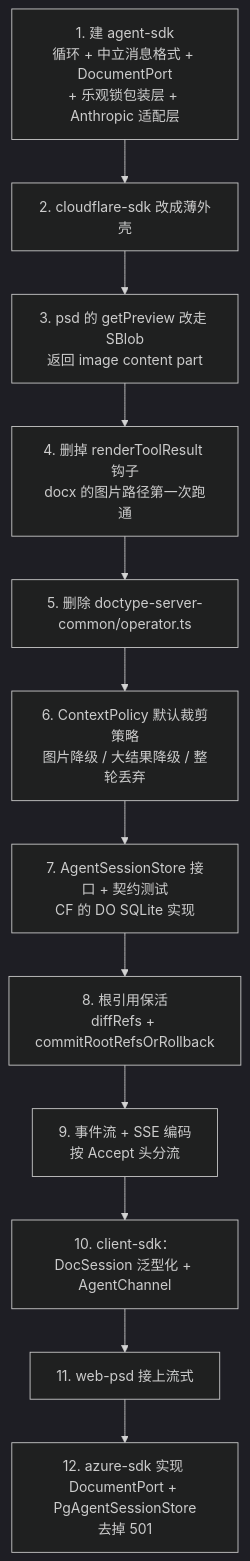
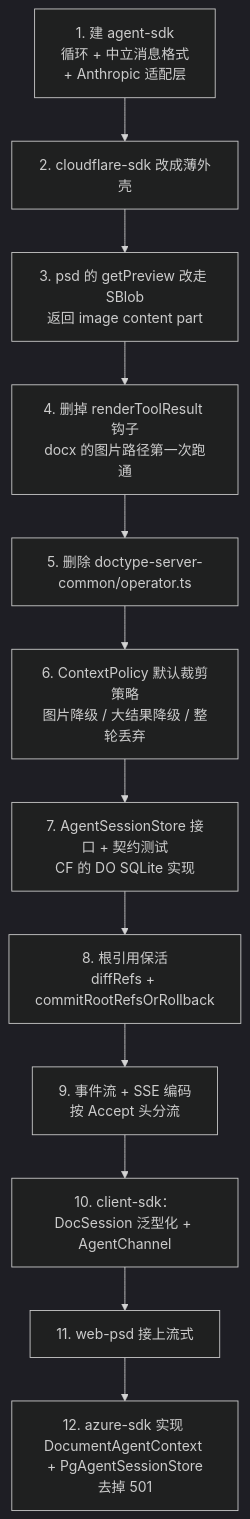
Diagram 14 of 14 in docs/superpowers/specs/2026-08-26-agent-sdk-design.md (shazhou-ww/unidocs), drawn with Mermaid (dark theme) before and after one commit. The commit also changed other lines of this file, not shown here.

First line of the commit message:
docs(agent-sdk): 删掉乐观锁包装层,版本不归 agent 管

````diff
--- a/docs/superpowers/specs/2026-08-26-agent-sdk-design.md
+++ b/docs/superpowers/specs/2026-08-26-agent-sdk-design.md
@@ -1052,14 +1079,14 @@
 ```mermaid
 flowchart TB
-    S1["1. 建 agent-sdk<br/>循环 + 中立消息格式 + DocumentPort<br/>+ 乐观锁包装层 + Anthropic 适配层"] --> S2["2. cloudflare-sdk 改成薄外壳"]
+    S1["1. 建 agent-sdk<br/>循环 + 中立消息格式<br/>+ Anthropic 适配层"] --> S2["2. cloudflare-sdk 改成薄外壳"]
     S2 --> S3["3. psd 的 getPreview 改走 SBlob<br/>返回 image content part"]
     S3 --> S4["4. 删掉 renderToolResult 钩子<br/>docx 的图片路径第一次跑通"]
     S4 --> S5["5. 删除 doctype-server-common/operator.ts"]
     S5 --> S6["6. ContextPolicy 默认裁剪策略<br/>图片降级 / 大结果降级 / 整轮丢弃"]
     S6 --> S7["7. AgentSessionStore 接口 + 契约测试<br/>CF 的 DO SQLite 实现"]
     S7 --> S8["8. 根引用保活<br/>diffRefs + commitRootRefsOrRollback"]
     S8 --> S9["9. 事件流 + SSE 编码<br/>按 Accept 头分流"]
     S9 --> S10["10. client-sdk：DocSession 泛型化 + AgentChannel"]
     S10 --> S11["11. web-psd 接上流式"]
-    S11 --> S12["12. azure-sdk 实现 DocumentPort + PgAgentSessionStore<br/>去掉 501"]
+    S11 --> S12["12. azure-sdk 实现 DocumentAgentContext + PgAgentSessionStore<br/>去掉 501"]
 ```
````
